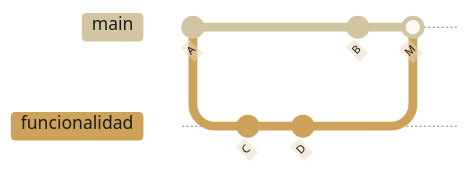
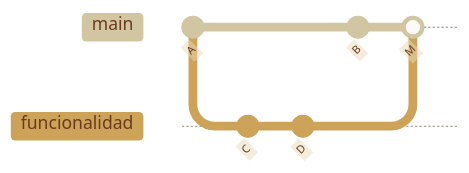
One commit to danielxxi/cloud-and-IA-para-todos changed the fifth of 8 diagrams in docs/modulos/07-git.md. Above: the diagram before and after it, drawn with Mermaid. The commit also changed other lines of this file and 22 other files, not shown here.

First line of the commit message:
feat(diagramas): lupa en todos los graficos y tinta cafe oscura en las etiquetas

````diff
--- a/docs/modulos/07-git.md
+++ b/docs/modulos/07-git.md
@@ -268,11 +268,11 @@
     ```mermaid
-    %%{init:{"theme":"base","themeVariables":{"fontFamily":"Inter, sans-serif","darkMode":false,"background":"#f3f1ec","mainBkg":"#fbfaf7","primaryColor":"#fbfaf7","primaryTextColor":"#1c1b19","primaryBorderColor":"#b9b1a1","secondaryColor":"#ead9ba","secondaryTextColor":"#1c1b19","secondaryBorderColor":"#b9b1a1","tertiaryColor":"#c2d4cb","tertiaryTextColor":"#1c1b19","tertiaryBorderColor":"#b9b1a1","lineColor":"#8d8676","textColor":"#1c1b19","nodeTextColor":"#1c1b19","nodeBorder":"#b9b1a1","labelTextColor":"#1c1b19","titleColor":"#1c1b19","edgeLabelBackground":"#f3f1ec","clusterBkg":"#efece4","clusterBorder":"#d8d2c6","cScale0":"#e2a98c","cScaleLabel0":"#1c1b19","cScale1":"#bdb6e6","cScaleLabel1":"#1c1b19","cScale2":"#e8d9b6","cScaleLabel2":"#1c1b19","cScale3":"#b5d0c3","cScaleLabel3":"#1c1b19","cScale4":"#e6cfc0","cScaleLabel4":"#1c1b19","cScale5":"#cddcea","cScaleLabel5":"#1c1b19"}}}%%
+    %%{init:{"theme":"base","themeVariables":{"fontFamily":"Inter, sans-serif","darkMode":false,"background":"#f3f1ec","mainBkg":"#fbfaf7","primaryColor":"#fbfaf7","primaryTextColor":"#6b3a1f","primaryBorderColor":"#b9b1a1","secondaryColor":"#ead9ba","secondaryTextColor":"#6b3a1f","secondaryBorderColor":"#b9b1a1","tertiaryColor":"#c2d4cb","tertiaryTextColor":"#6b3a1f","tertiaryBorderColor":"#b9b1a1","lineColor":"#8d8676","textColor":"#6b3a1f","nodeTextColor":"#6b3a1f","nodeBorder":"#b9b1a1","labelTextColor":"#6b3a1f","titleColor":"#6b3a1f","edgeLabelBackground":"#f3f1ec","clusterBkg":"#efece4","clusterBorder":"#d8d2c6","cScale0":"#e2a98c","cScaleLabel0":"#6b3a1f","cScale1":"#bdb6e6","cScaleLabel1":"#6b3a1f","cScale2":"#e8d9b6","cScaleLabel2":"#6b3a1f","cScale3":"#b5d0c3","cScaleLabel3":"#6b3a1f","cScale4":"#e6cfc0","cScaleLabel4":"#6b3a1f","cScale5":"#cddcea","cScaleLabel5":"#6b3a1f"}}}%%
     gitGraph
         commit id: "A"
         branch funcionalidad
         commit id: "C"
         commit id: "D"
         checkout main
         commit id: "B"
         merge funcionalidad id: "M"
     ```
````
